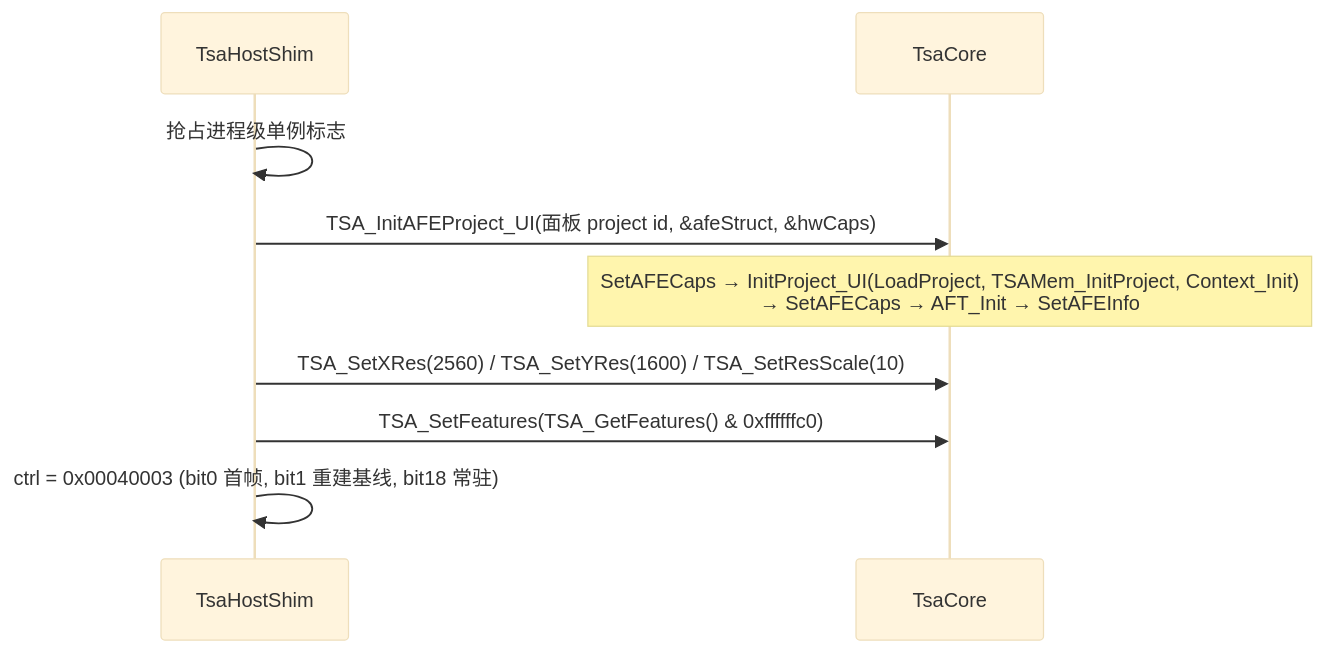
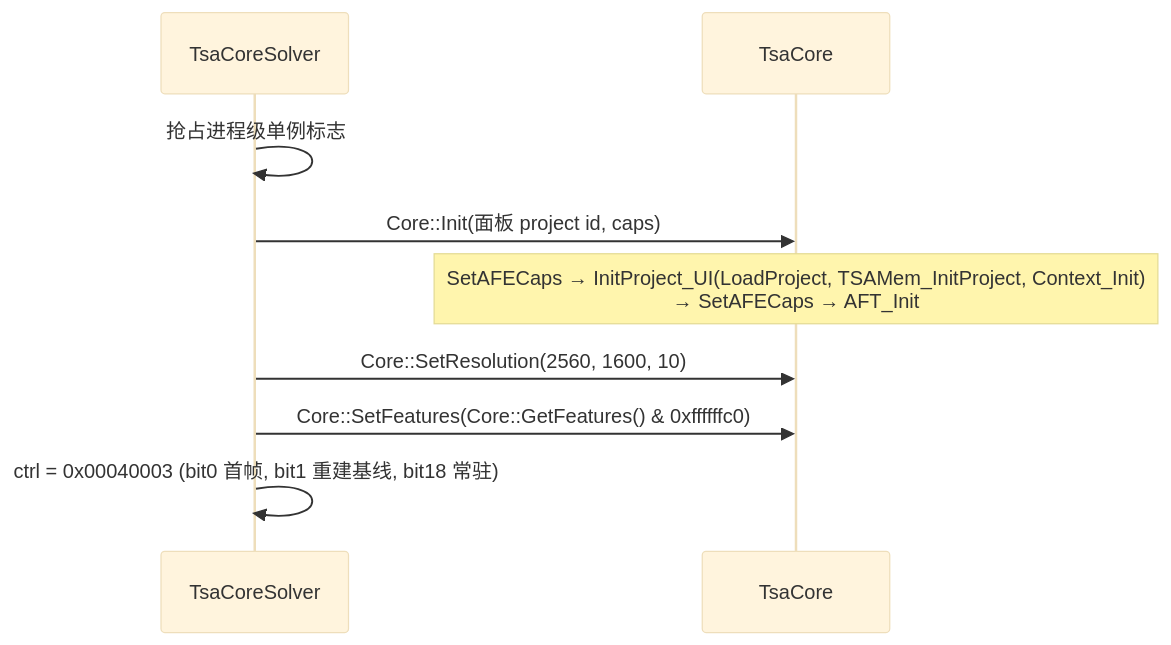
One commit to awarson2233/EGoTouchRev changed the fourth of 10 diagrams in docs/finger_algorithms/tsacore-raw-integration.md. Above: the diagram before and after it, drawn with Mermaid (base theme). The commit also changed other lines of this file and 34 other files, not shown here.

First line of the commit message:
refactor(tsacore): 宿主接口改成类型化的 TsaCore.h，删掉 shim 与核里的死代码

````diff
--- a/docs/finger_algorithms/tsacore-raw-integration.md
+++ b/docs/finger_algorithms/tsacore-raw-integration.md
@@ -155,11 +154,11 @@
 ```mermaid
 sequenceDiagram
-    participant H as TsaHostShim
+    participant S as TsaCoreSolver
     participant T as TsaCore
-    H->>H: 抢占进程级单例标志
-    H->>T: TSA_InitAFEProject_UI(面板 project id, &afeStruct, &hwCaps)
-    Note over T: SetAFECaps → InitProject_UI(LoadProject, TSAMem_InitProject, Context_Init)<br/>→ SetAFECaps → AFT_Init → SetAFEInfo
-    H->>T: TSA_SetXRes(2560) / TSA_SetYRes(1600) / TSA_SetResScale(10)
-    H->>T: TSA_SetFeatures(TSA_GetFeatures() & 0xffffffc0)
-    H->>H: ctrl = 0x00040003 (bit0 首帧, bit1 重建基线, bit18 常驻)
+    S->>S: 抢占进程级单例标志
+    S->>T: Core::Init(面板 project id, caps)
+    Note over T: SetAFECaps → InitProject_UI(LoadProject, TSAMem_InitProject, Context_Init)<br/>→ SetAFECaps → AFT_Init
+    S->>T: Core::SetResolution(2560, 1600, 10)
+    S->>T: Core::SetFeatures(Core::GetFeatures() & 0xffffffc0)
+    S->>S: ctrl = 0x00040003 (bit0 首帧, bit1 重建基线, bit18 常驻)
 ```
````
